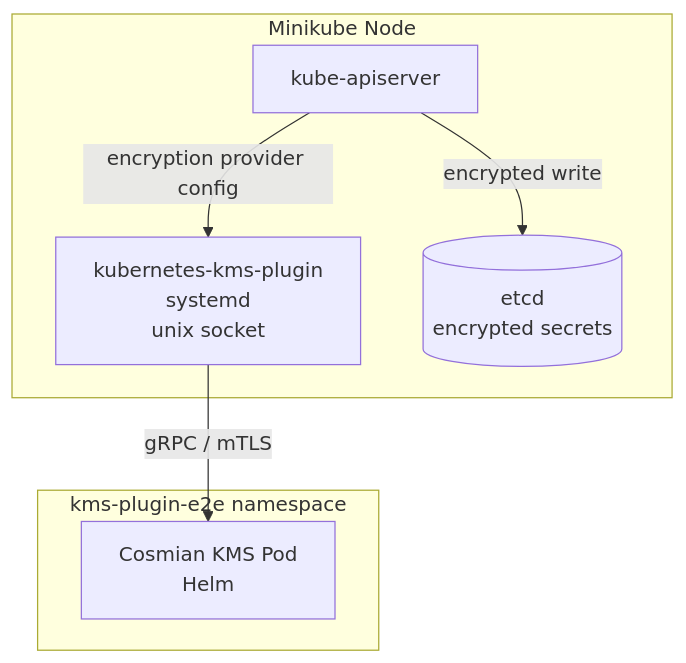
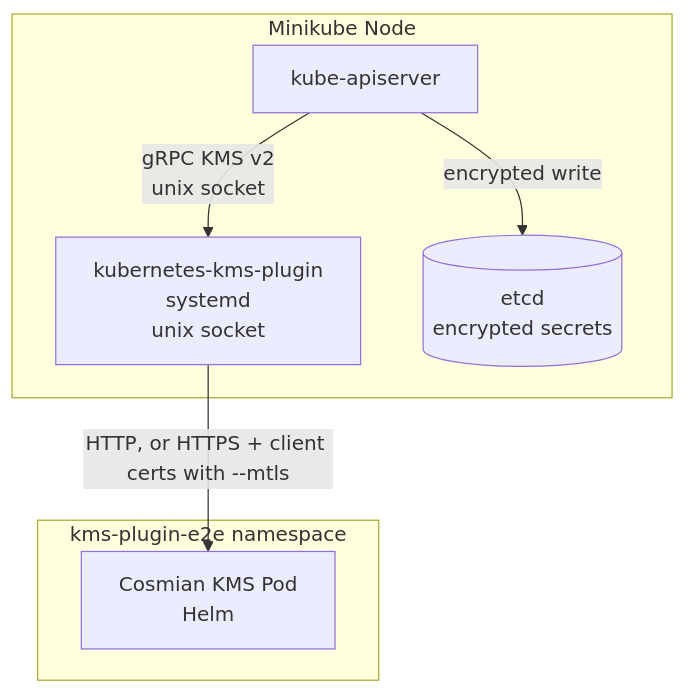
Before and after one commit to Cosmian/kms: diagram 45 of 60 in .mise/tasks/test/README.md, drawn with Mermaid. The commit also changed other lines of this file and 31 other files, not shown here.

````diff
--- a/.mise/tasks/test/README.md
+++ b/.mise/tasks/test/README.md
@@ -1351,16 +1373,16 @@
 ```mermaid
 graph TB
     subgraph Minikube2["Minikube Node"]
         PluginSvc["kubernetes-kms-plugin<br/>systemd<br/>unix socket"]
         K8sAPI["kube-apiserver"]
         etcd[("etcd<br/>encrypted secrets")]
     end
 
     subgraph K8s_NS["kms-plugin-e2e namespace"]
         KMS_Pod2["Cosmian KMS Pod<br/>Helm"]
     end
 
-    K8sAPI --> |encryption provider config| PluginSvc
-    PluginSvc --> |gRPC / mTLS| KMS_Pod2
+    K8sAPI --> |gRPC KMS v2<br/>unix socket| PluginSvc
+    PluginSvc --> |HTTP, or HTTPS + client certs with --mtls| KMS_Pod2
     K8sAPI --> |encrypted write| etcd
 ```
````
